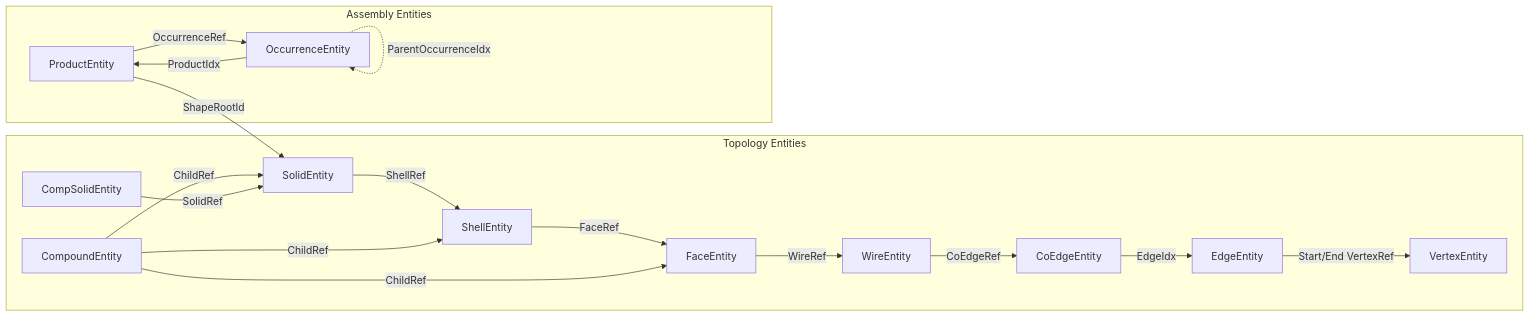
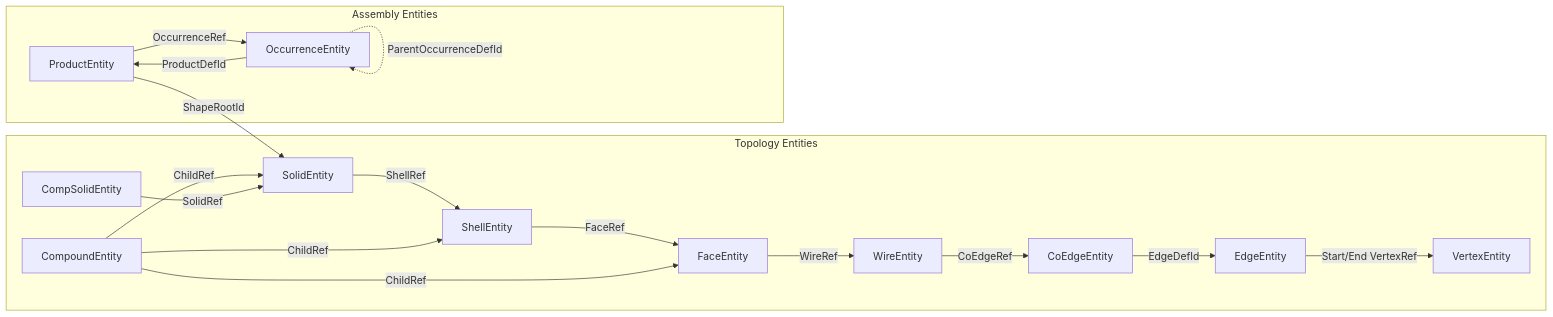
Before and after one commit to Open-Cascade-SAS/OCCT: the second of 5 diagrams in src/ModelingData/TKBRep/BRepGraphInc/README.md, drawn with Mermaid. The commit also changed other lines of this file and 4 other files, not shown here.

````diff
--- a/src/ModelingData/TKBRep/BRepGraphInc/README.md
+++ b/src/ModelingData/TKBRep/BRepGraphInc/README.md
@@ -41,35 +41,35 @@
 ```mermaid
 flowchart LR
   subgraph Topology Entities
     V[VertexEntity]
     E[EdgeEntity]
     CE[CoEdgeEntity]
     W[WireEntity]
     F[FaceEntity]
     SH[ShellEntity]
     SO[SolidEntity]
     CO[CompoundEntity]
     CS[CompSolidEntity]
   end
 
   subgraph Assembly Entities
     PR[ProductEntity]
     OC[OccurrenceEntity]
   end
 
   F -->|WireRef| W
   W -->|CoEdgeRef| CE
-  CE -->|EdgeIdx| E
+  CE -->|EdgeDefId| E
   E -->|Start/End VertexRef| V
   SH -->|FaceRef| F
   SO -->|ShellRef| SH
   CO -->|ChildRef| SO
   CO -->|ChildRef| SH
   CO -->|ChildRef| F
   CS -->|SolidRef| SO
 
   PR -->|OccurrenceRef| OC
   PR -->|ShapeRootId| SO
-  OC -->|ProductIdx| PR
-  OC -.->|ParentOccurrenceIdx| OC
+  OC -->|ProductDefId| PR
+  OC -.->|ParentOccurrenceDefId| OC
 ```
````
